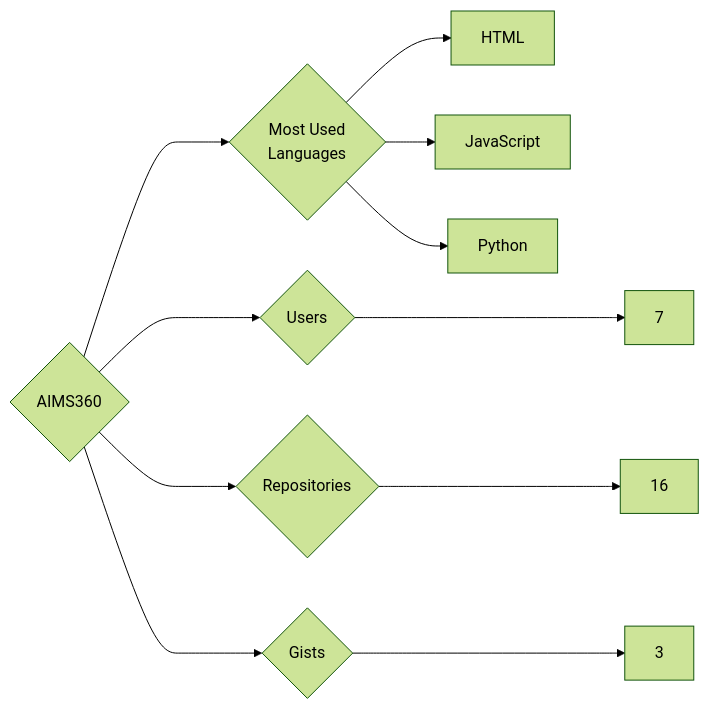
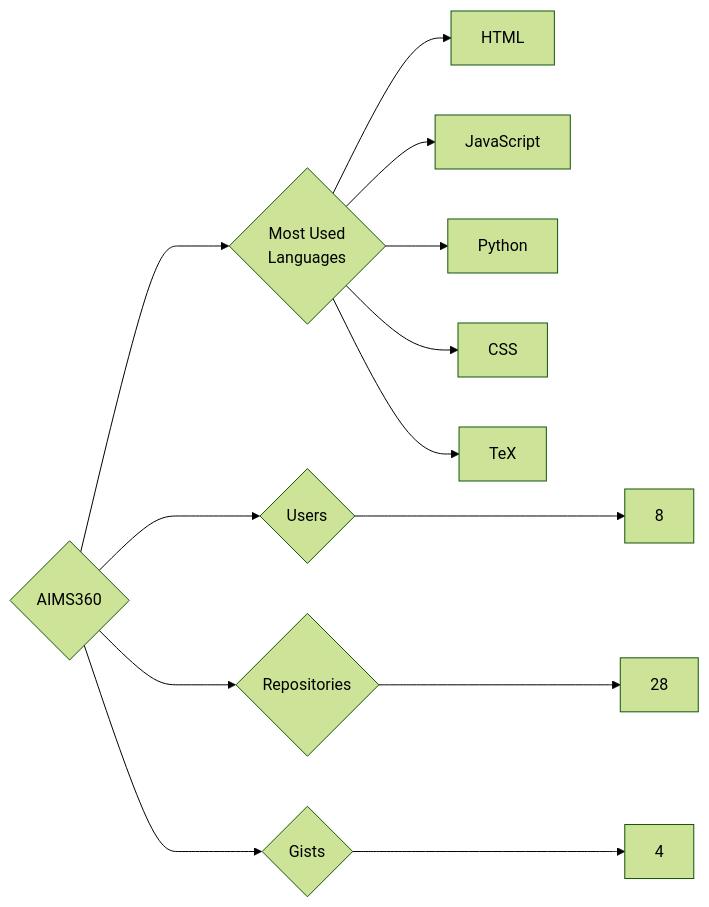
The diagram in targets/AIMS360/README.md (trickest/insiders), drawn with Mermaid (forest theme) before and after one commit. The commit also changed 938 other files, not shown here.

````diff
--- a/targets/AIMS360/README.md
+++ b/targets/AIMS360/README.md
@@ -3,11 +3,13 @@
 ```mermaid
 graph LR
 COMPANY_NAME{AIMS360}
-COMPANY_NAME ---> U{Users} ---> UN[7]
-COMPANY_NAME ---> R{Repositories} ---> RN[16]
-COMPANY_NAME ---> G{Gists} ---> GN[3]
+COMPANY_NAME ---> U{Users} ---> UN[8]
+COMPANY_NAME ---> R{Repositories} ---> RN[28]
+COMPANY_NAME ---> G{Gists} ---> GN[4]
 COMPANY_NAME ---> ML{Most Used<br>Languages}
 ML --> HTML[HTML]
 ML --> JavaScript[JavaScript]
 ML --> Python[Python]
+ML --> CSS[CSS]
+ML --> TeX[TeX]
 ```
````
